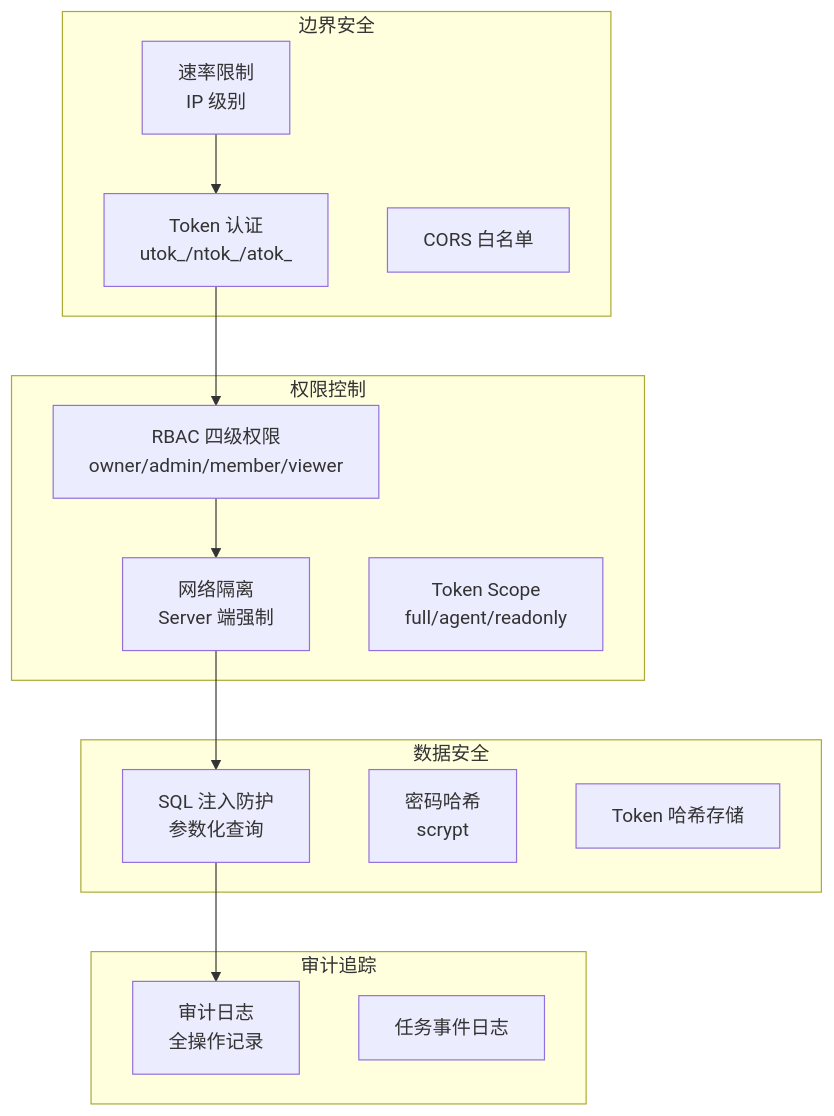
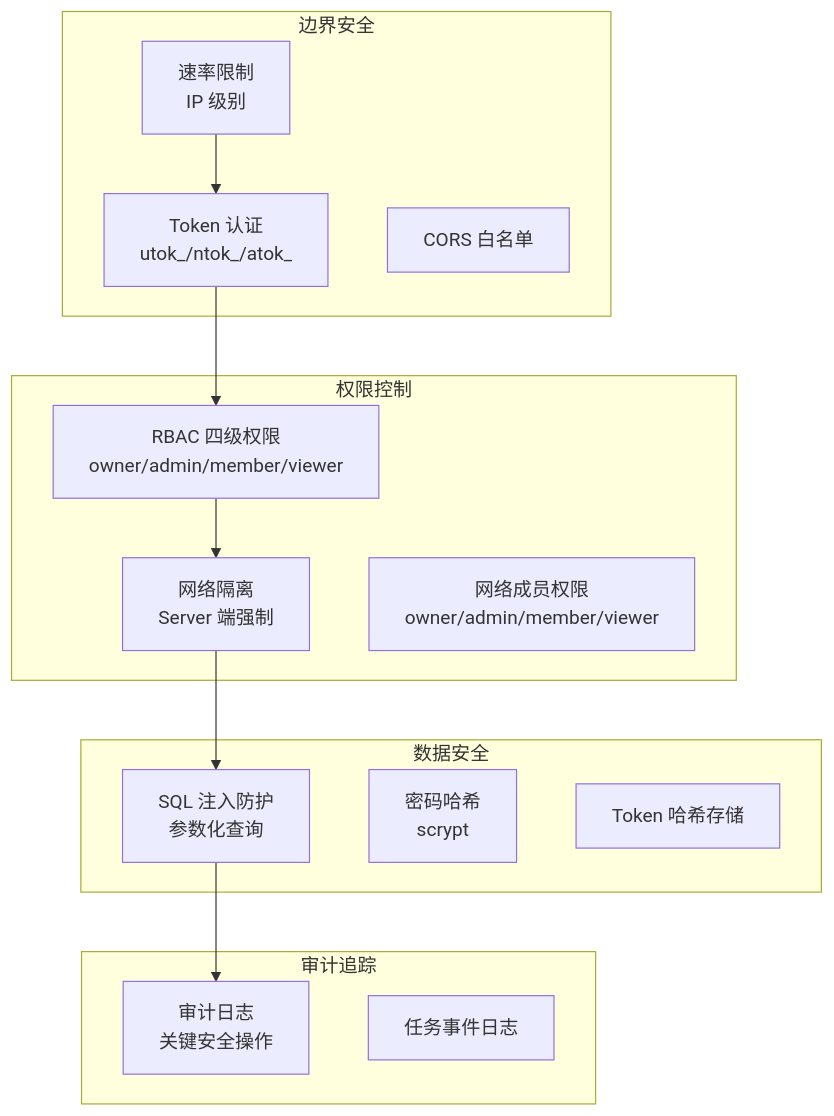
The diagram in docs-site/docs/concepts/security.md (sleep2agi/agent-network), drawn with Mermaid before and after one commit. The commit also changed other lines of this file and 7 other files, not shown here.

````diff
--- a/docs-site/docs/concepts/security.md
+++ b/docs-site/docs/concepts/security.md
@@ -7,31 +7,31 @@
 ```mermaid
 graph TB
     subgraph "边界安全"
         RL[速率限制<br/>IP 级别]
         AUTH[Token 认证<br/>utok_/ntok_/atok_]
         CORS[CORS 白名单]
     end
 
     subgraph "权限控制"
         RBAC[RBAC 四级权限<br/>owner/admin/member/viewer]
         NET[网络隔离<br/>Server 端强制]
-        SCOPE[Token Scope<br/>full/agent/readonly]
+        SCOPE[网络成员权限<br/>owner/admin/member/viewer]
     end
 
     subgraph "数据安全"
         SQL[SQL 注入防护<br/>参数化查询]
         PWD[密码哈希<br/>scrypt]
         TKHASH[Token 哈希存储]
     end
 
     subgraph "审计追踪"
-        AUDIT[审计日志<br/>全操作记录]
+        AUDIT[审计日志<br/>关键安全操作]
         EVENTS[任务事件日志]
     end
 
     RL --> AUTH
     AUTH --> RBAC
     RBAC --> NET
     NET --> SQL
     SQL --> AUDIT
 ```
````
